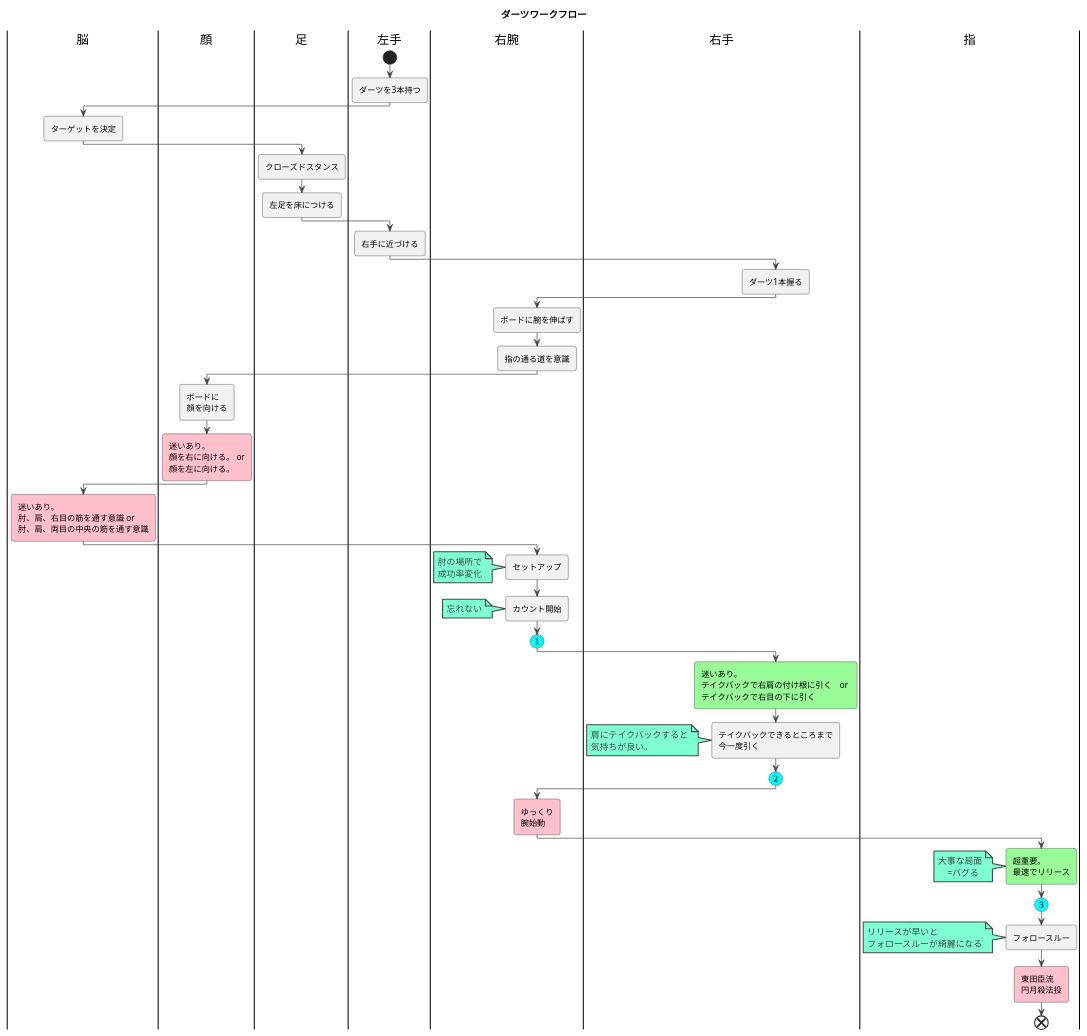
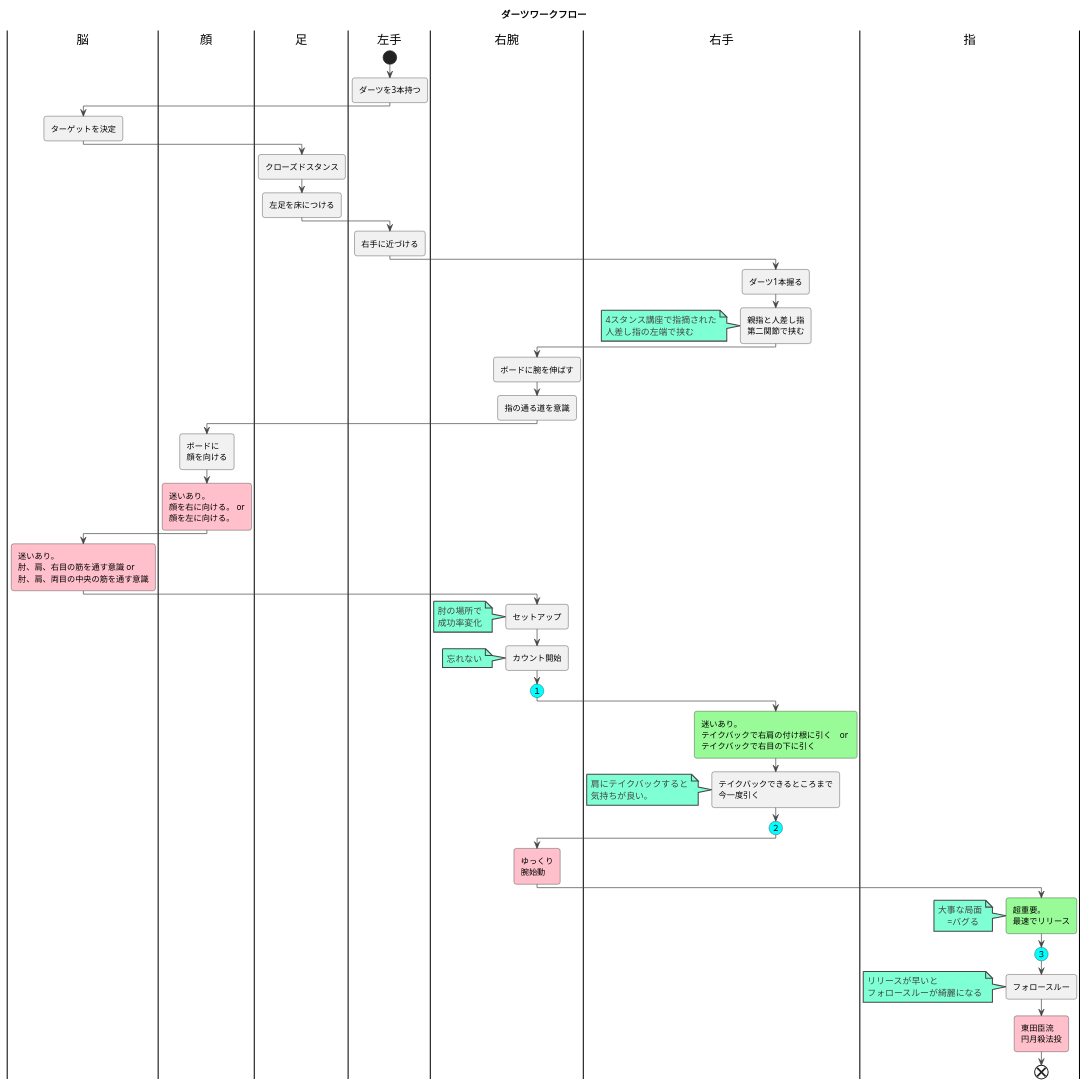
One commit to darts-cloud/dartsFlow changed the diagram in dartsFlow.plantuml. Above: the diagram before and after it, drawn with PlantUML.

Commit message:
dartsFlow.plantuml を更新
4スタンス理論講座で指摘

```diff
--- a/dartsFlow.plantuml
+++ b/dartsFlow.plantuml
@@ -1,126 +1,133 @@
 @startuml
 title ダーツワークフロー
 
 
 
 !theme vibrant
 
 |脳|
 |顔|
 |足|
 |左手|
 |右腕|
 |左手|
 start
 :ダーツを3本持つ;
 |脳|
 :ターゲットを決定;
 |足|
 :クローズドスタンス;
 :左足を床につける;
 /'
 ################
 ##pink:左足を右足よりも
 #後ろに下げる;
 ################
 '/
 
 |左手|
 :右手に近づける;
 |右手|
 :ダーツ1本握る;
+:親指と人差し指
+第二関節で挟む;
+note
+  4スタンス講座で指摘された
+  人差し指の左端で挟む
+end note
+
 |右腕|
 :ボードに腕を伸ばす;
 
 /'
 ################
 ##pink:腕を一番右側
 #まで伸ばす;
 ################
 '/
 :指の通る道を意識;
 |顔|
 :ボードに
 顔を向ける;
 #pink:迷いあり。
 顔を右に向ける。 or
 顔を左に向ける。 ;
 |脳|
 #pink:迷いあり。
 肘、肩、右目の筋を通す意識 or
 肘、肩、両目の中央の筋を通す意識;
 |右腕|
 :セットアップ;
 /'
 ################
 ':60°ぐらいに構える;
 ################
 '/
 note
 肘の場所で
 成功率変化
 end note
 
 |右腕|
 :カウント開始;
 
 note
     忘れない
 end note
 
 
 #Aqua:(１)
 
 |右手|
 
 #palegreen:迷いあり。
 テイクバックで右肩の付け根に引く　or 
 テイクバックで右目の下に引く;
 
 :テイクバックできるところまで
 今一度引く;
 
 note
     肩にテイクバックすると
     気持ちが良い。
 end note
 
 #Aqua:(２)
 
 /'
 #pink:肘固定意識;
 note
     固定が甘い
     →飛ばない
 end note
 #pink:肘の裏側意識;
 note
     指の道が
     肘の左側
 end note
 '/
 
 |右腕|
 #pink:ゆっくり
 腕始動;
 |指|
 #palegreen:超重要。
 最速でリリース;
 note
     大事な局面
         =バグる 
 end note
 
 #Aqua:(３)
 
 
 :フォロースルー;
 
 note
   リリースが早いと
   フォロースルーが綺麗になる
 end note
 #pink:東田臣流
 円月殺法投;
 end
 @enduml
```
